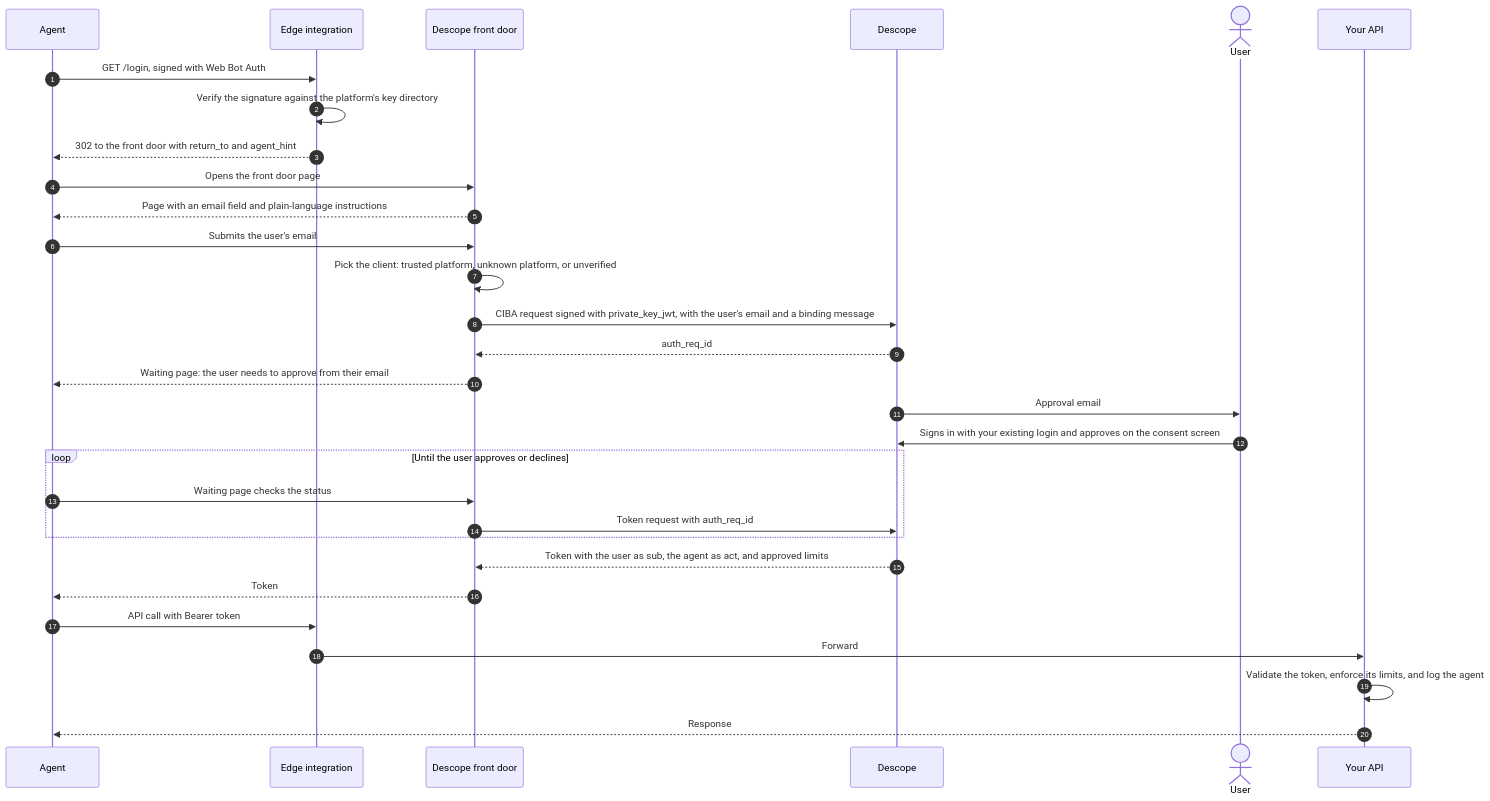
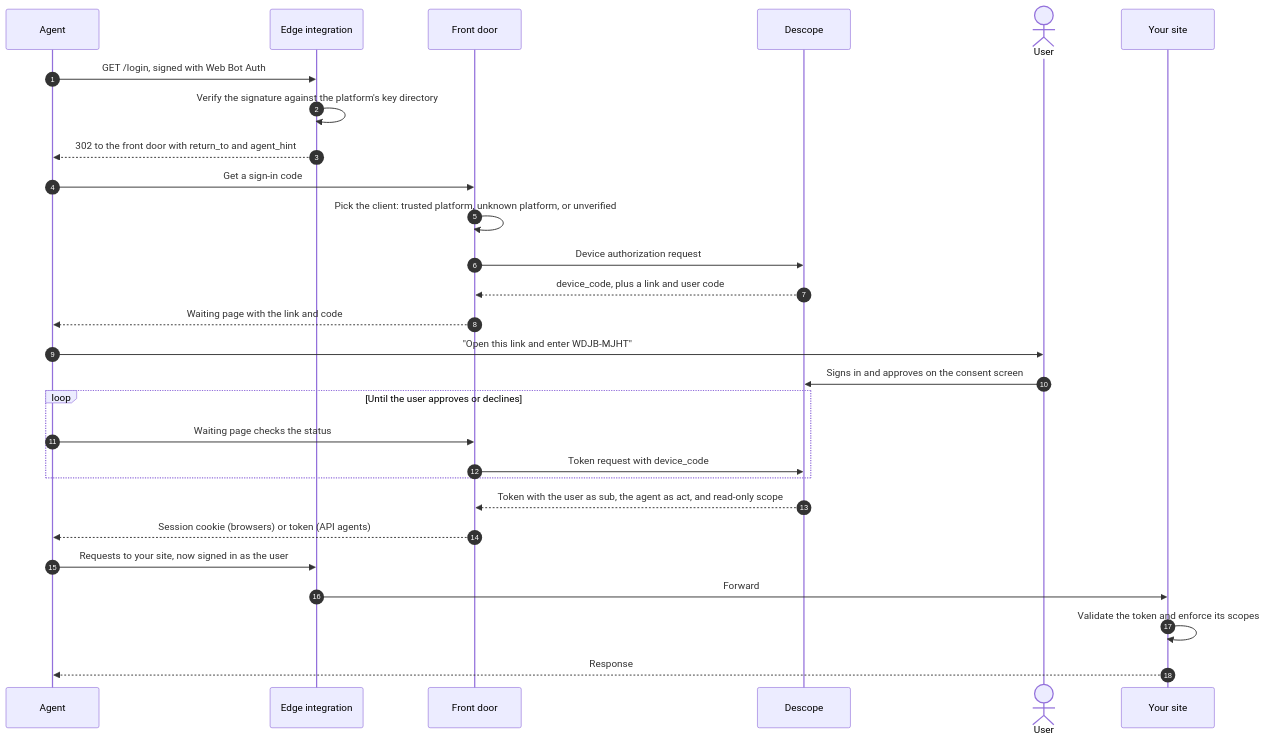
Before and after one commit to descope/agent-edge: the third of 3 diagrams in README.md, drawn with Mermaid. The commit also changed other lines of this file and 8 other files, not shown here.

First line of the commit message:
Connect agents with the device flow, with CIBA as a fallback

````diff
--- a/README.md
+++ b/README.md
@@ -78,32 +78,30 @@
 ```mermaid
 sequenceDiagram
   autonumber
   participant A as Agent
   participant E as Edge integration
-  participant F as Descope front door
+  participant F as Front door
   participant D as Descope
   actor U as User
-  participant S as Your API
+  participant S as Your site
   A->>E: GET /login, signed with Web Bot Auth
   E->>E: Verify the signature against the platform's key directory
   E-->>A: 302 to the front door with return_to and agent_hint
-  A->>F: Opens the front door page
-  F-->>A: Page with an email field and plain-language instructions
-  A->>F: Submits the user's email
+  A->>F: Get a sign-in code
   F->>F: Pick the client: trusted platform, unknown platform, or unverified
-  F->>D: CIBA request signed with private_key_jwt, with the user's email and a binding message
-  D-->>F: auth_req_id
-  F-->>A: Waiting page: the user needs to approve from their email
-  D->>U: Approval email
-  U->>D: Signs in with your existing login and approves on the consent screen
+  F->>D: Device authorization request
+  D-->>F: device_code, plus a link and user code
+  F-->>A: Waiting page with the link and code
+  A->>U: "Open this link and enter WDJB-MJHT"
+  U->>D: Signs in and approves on the consent screen
   loop Until the user approves or declines
     A->>F: Waiting page checks the status
-    F->>D: Token request with auth_req_id
+    F->>D: Token request with device_code
   end
-  D-->>F: Token with the user as sub, the agent as act, and approved limits
-  F-->>A: Token
-  A->>E: API call with Bearer token
+  D-->>F: Token with the user as sub, the agent as act, and read-only scope
+  F-->>A: Session cookie (browsers) or token (API agents)
+  A->>E: Requests to your site, now signed in as the user
   E->>S: Forward
-  S->>S: Validate the token, enforce its limits, and log the agent
+  S->>S: Validate the token and enforce its scopes
   S-->>A: Response
 ```
````
